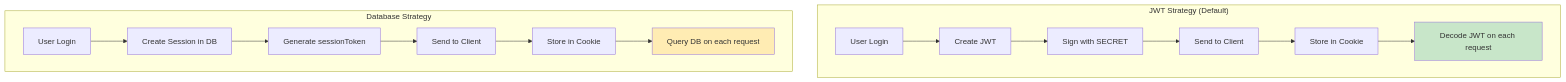
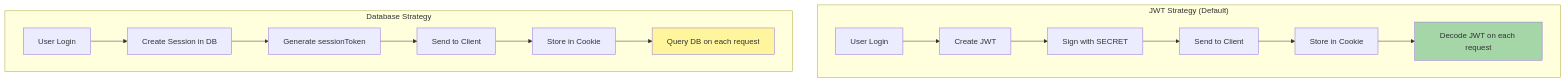
Diagram 18 of 39 in 02-DIAGRAMMES_ARCHITECTURES.md (inskillflow/auths-1-NEXTJS-introduction), drawn with Mermaid before and after one commit. The commit also changed other lines of this file, not shown here.

````diff
--- a/02-DIAGRAMMES_ARCHITECTURES.md
+++ b/02-DIAGRAMMES_ARCHITECTURES.md
@@ -606,21 +606,21 @@
 ```mermaid
 graph TB
     subgraph "JWT Strategy (Default)"
         A1[User Login] --> B1[Create JWT]
         B1 --> C1[Sign with SECRET]
         C1 --> D1[Send to Client]
         D1 --> E1[Store in Cookie]
         E1 --> F1[Decode JWT on each request]
     end
     
     subgraph "Database Strategy"
         A2[User Login] --> B2[Create Session in DB]
         B2 --> C2[Generate sessionToken]
         C2 --> D2[Send to Client]
         D2 --> E2[Store in Cookie]
         E2 --> F2[Query DB on each request]
     end
     
-    style F1 fill:#c8e6c9
-    style F2 fill:#ffecb3
+    style F1 fill:#a5d6a7
+    style F2 fill:#fff59d
 ```
````
